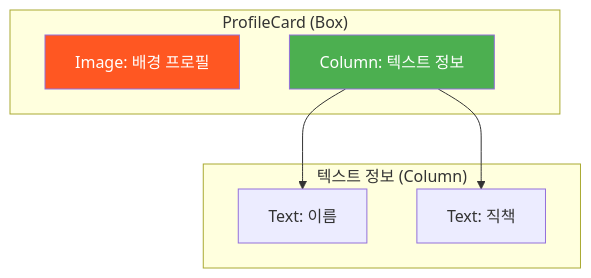
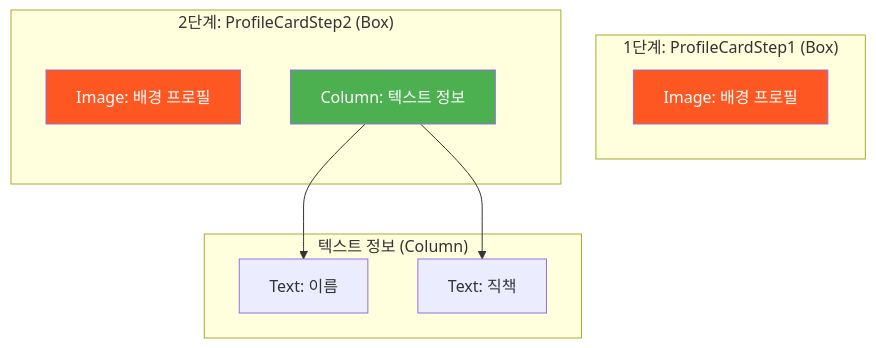
The diagram in app_22_box/app_22_box_design.md (taewony/ComposeLab), drawn with Mermaid before and after one commit. The commit also changed other lines of this file and 237 other files, not shown here.

````diff
--- a/app_22_box/app_22_box_design.md
+++ b/app_22_box/app_22_box_design.md
@@ -14,15 +14,20 @@
 ```mermaid
 graph TD
-    subgraph "ProfileCard (Box)"
+    subgraph "1단계: ProfileCardStep1 (Box)"
         A[Image: 배경 프로필]
-        B[Column: 텍스트 정보]
+    end
+
+    subgraph "2단계: ProfileCardStep2 (Box)"
+        B[Image: 배경 프로필]
+        C[Column: 텍스트 정보]
     end
 
     subgraph "텍스트 정보 (Column)"
-        B --> C["Text: 이름"]
-        B --> D["Text: 직책"]
+        C --> D["Text: 이름"]
+        C --> E["Text: 직책"]
     end
 
     style A fill:#FF5722,color:white
-    style B fill:#4CAF50,color:white,align:right
+    style B fill:#FF5722,color:white
+    style C fill:#4CAF50,color:white,align:right
 ```
````
